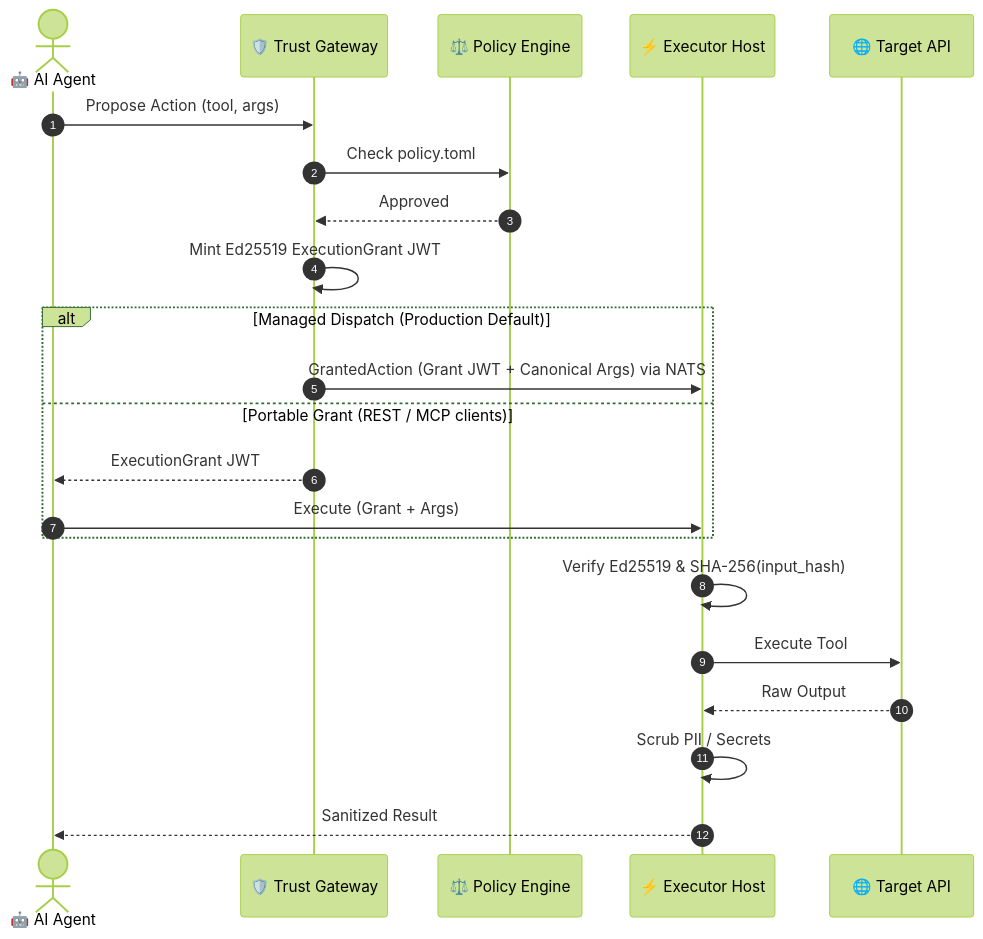
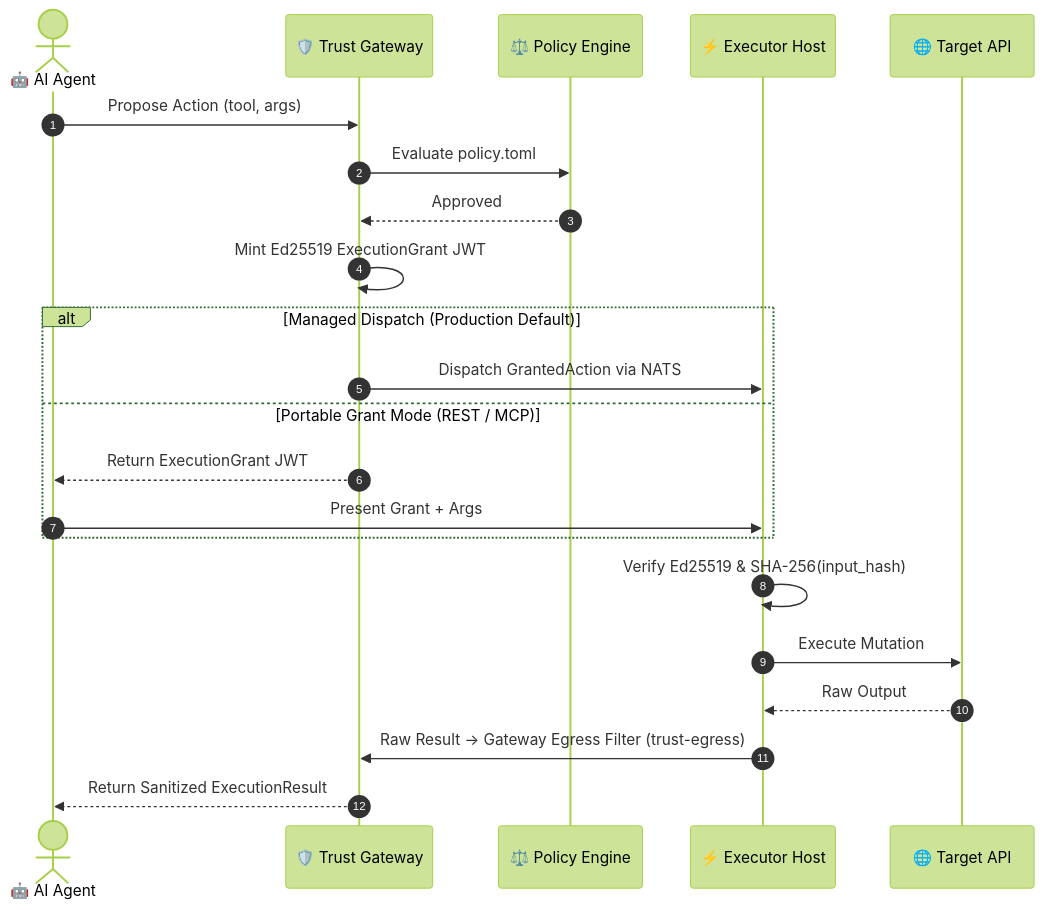
One commit to fcn06/trust-gateway changed the diagram in README.md. Above: the diagram before and after it, drawn with Mermaid (forest theme). The commit also changed other lines of this file and 10 other files, not shown here.

````diff
--- a/README.md
+++ b/README.md
@@ -185,25 +193,25 @@
 ```mermaid
 sequenceDiagram
     autonumber
     actor Agent as 🤖 AI Agent
     participant Gateway as 🛡️ Trust Gateway
     participant Policy as ⚖️ Policy Engine
     participant Executor as ⚡ Executor Host
     participant API as 🌐 Target API
 
     Agent->>Gateway: Propose Action (tool, args)
-    Gateway->>Policy: Check policy.toml
+    Gateway->>Policy: Evaluate policy.toml
     Policy-->>Gateway: Approved
     Gateway->>Gateway: Mint Ed25519 ExecutionGrant JWT
     alt Managed Dispatch (Production Default)
-        Gateway->>Executor: GrantedAction (Grant JWT + Canonical Args) via NATS
-    else Portable Grant (REST / MCP clients)
-        Gateway-->>Agent: ExecutionGrant JWT
-        Agent->>Executor: Execute (Grant + Args)
+        Gateway->>Executor: Dispatch GrantedAction via NATS
+    else Portable Grant Mode (REST / MCP)
+        Gateway-->>Agent: Return ExecutionGrant JWT
+        Agent->>Executor: Present Grant + Args
     end
     Executor->>Executor: Verify Ed25519 & SHA-256(input_hash)
-    Executor->>API: Execute Tool
+    Executor->>API: Execute Mutation
     API-->>Executor: Raw Output
-    Executor->>Executor: Scrub PII / Secrets
-    Executor-->>Agent: Sanitized Result
+    Executor->>Gateway: Raw Result -> Gateway Egress Filter (trust-egress)
+    Gateway-->>Agent: Return Sanitized ExecutionResult
 ```
````
